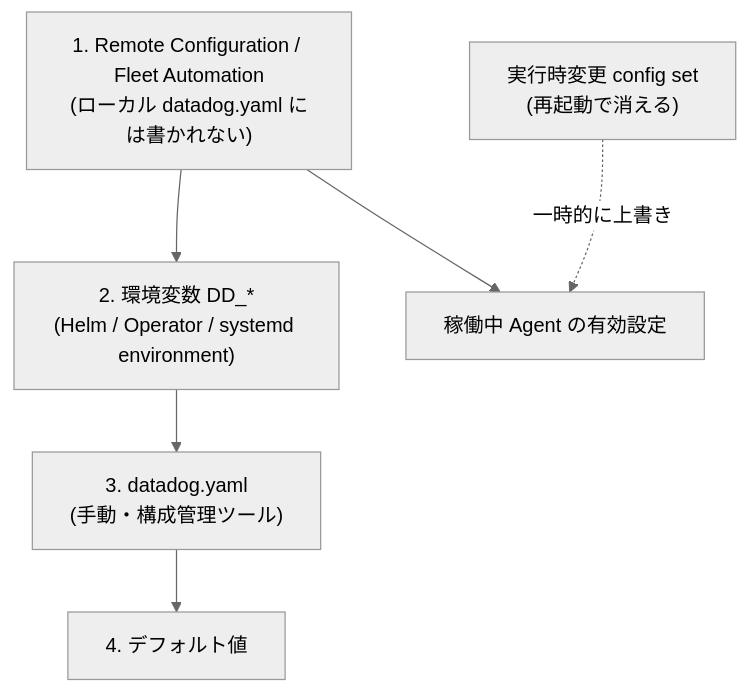
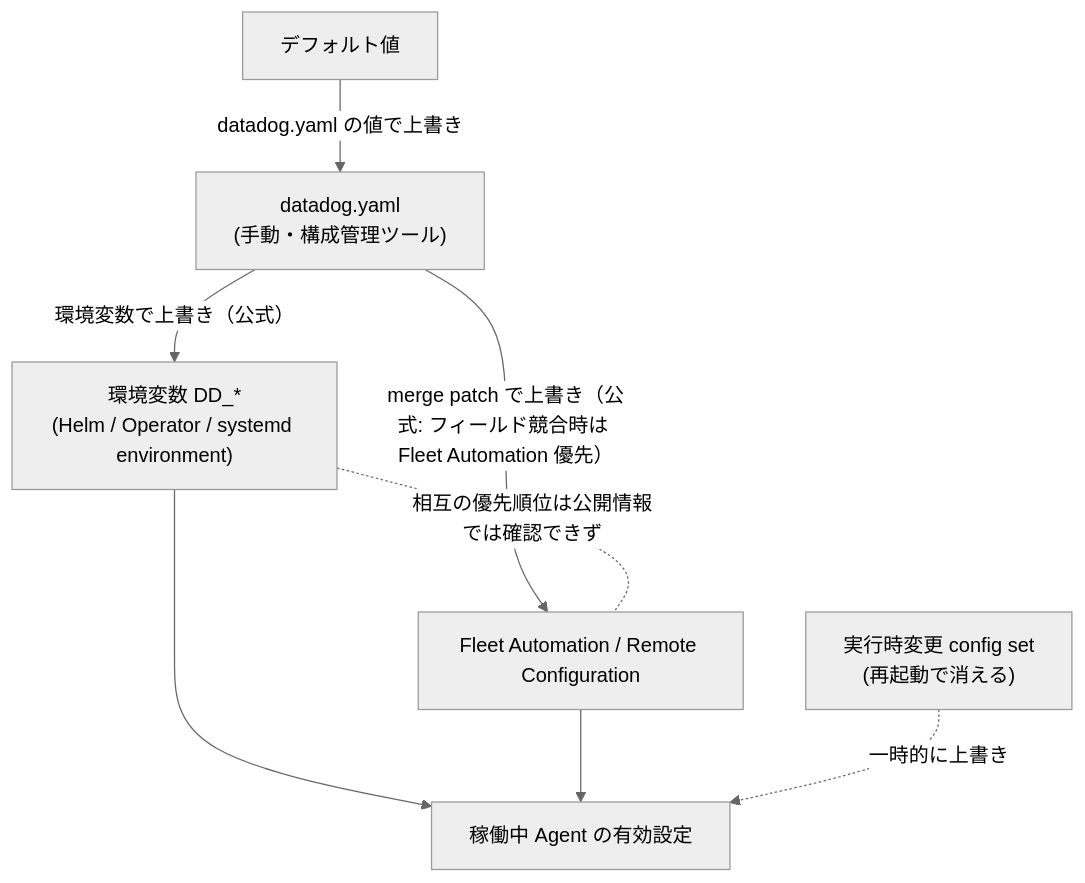
Before and after one commit to hidefumiagata/platform-doc: the diagram in Datadog/02_リファレンス/platform/agent-configuration.md, drawn with Mermaid (neutral theme). The commit also changed other lines of this file and 163 other files, not shown here.

````diff
--- a/Datadog/02_リファレンス/platform/agent-configuration.md
+++ b/Datadog/02_リファレンス/platform/agent-configuration.md
@@ -99,8 +91,10 @@
 ```mermaid
 flowchart TB
-  RC["1. Remote Configuration / Fleet Automation<br/>(ローカル datadog.yaml には書かれない)"] --> EV["2. 環境変数 DD_*<br/>(Helm / Operator / systemd environment)"]
-  EV --> YAML["3. datadog.yaml<br/>(手動・構成管理ツール)"]
-  YAML --> DEF["4. デフォルト値"]
-  RT["実行時変更 config set<br/>(再起動で消える)"] -.一時的に上書き.-> ACTIVE["稼働中 Agent の有効設定"]
-  RC --> ACTIVE
+  DEF["デフォルト値"] -->|datadog.yaml の値で上書き| YAML["datadog.yaml<br/>(手動・構成管理ツール)"]
+  YAML -->|環境変数で上書き（公式）| EV["環境変数 DD_*<br/>(Helm / Operator / systemd environment)"]
+  YAML -->|merge patch で上書き（公式: フィールド競合時は Fleet Automation 優先）| FA["Fleet Automation / Remote Configuration"]
+  EV -.相互の優先順位は公開情報では確認できず.- FA
+  EV --> ACTIVE["稼働中 Agent の有効設定"]
+  FA --> ACTIVE
+  RT["実行時変更 config set<br/>(再起動で消える)"] -.一時的に上書き.-> ACTIVE
 ```
````
